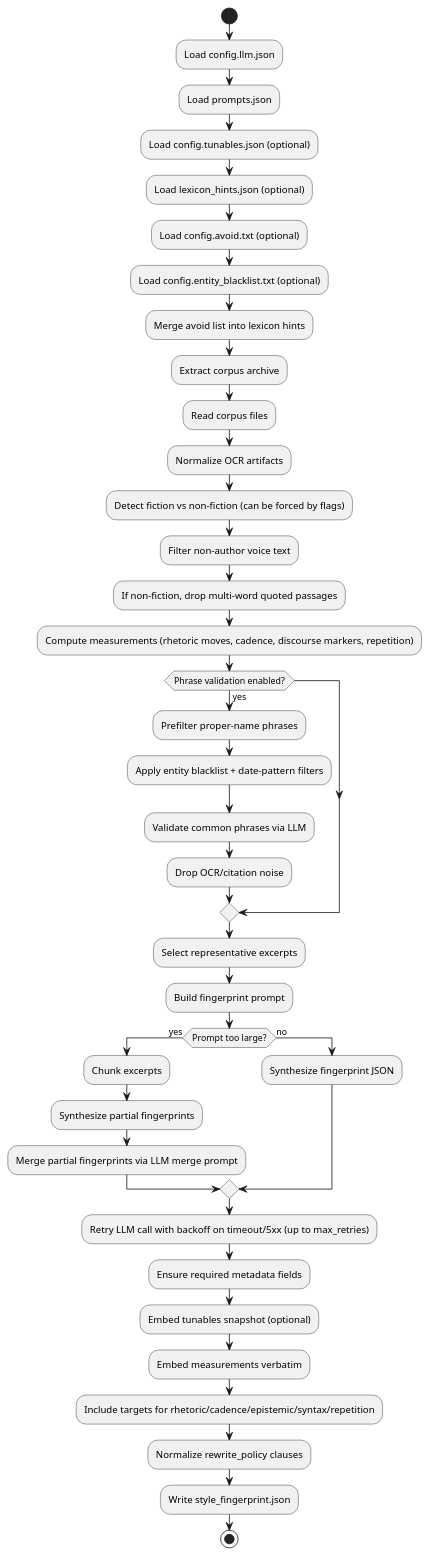
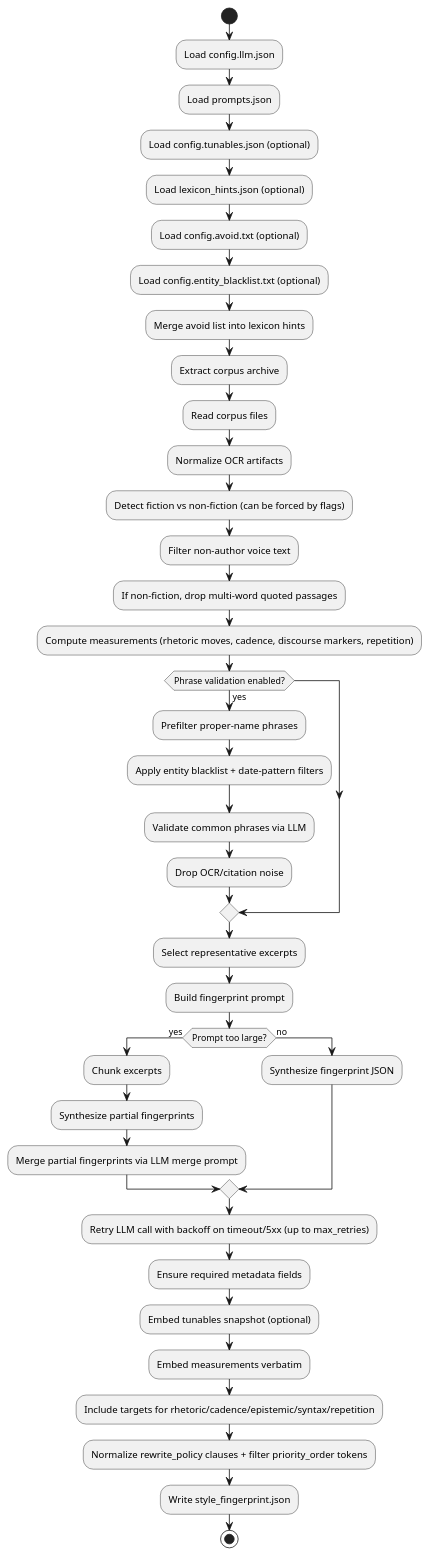
Before and after one commit to ngpepin/stylometric-transfer: the second of 3 diagrams in UML-Fingerprint.md, drawn with PlantUML. The commit also changed 9 other files, not shown here.

Commit message:
fix: enhance controls normalization by adding priority order filtering and updating rewrite policy handling

````diff
--- a/UML-Fingerprint.md
+++ b/UML-Fingerprint.md
@@ -85,48 +85,48 @@
 ```plantuml
 @startuml
 start
 :Load config.llm.json;
 :Load prompts.json;
 :Load config.tunables.json (optional);
 :Load lexicon_hints.json (optional);
 :Load config.avoid.txt (optional);
 :Load config.entity_blacklist.txt (optional);
 :Merge avoid list into lexicon hints;
 
 :Extract corpus archive;
 :Read corpus files;
 :Normalize OCR artifacts;
 :Detect fiction vs non-fiction (can be forced by flags);
 :Filter non-author voice text;
 :If non-fiction, drop multi-word quoted passages;
 :Compute measurements (rhetoric moves, cadence, discourse markers, repetition);
 
 if (Phrase validation enabled?) then (yes)
   :Prefilter proper-name phrases;
   :Apply entity blacklist + date-pattern filters;
   :Validate common phrases via LLM;
   :Drop OCR/citation noise;
 endif
 
 :Select representative excerpts;
 :Build fingerprint prompt;
 
 if (Prompt too large?) then (yes)
   :Chunk excerpts;
   :Synthesize partial fingerprints;
   :Merge partial fingerprints via LLM merge prompt;
 else (no)
   :Synthesize fingerprint JSON;
 endif
 
 :Retry LLM call with backoff on timeout/5xx (up to max_retries);
 
 :Ensure required metadata fields;
 :Embed tunables snapshot (optional);
 :Embed measurements verbatim;
 :Include targets for rhetoric/cadence/epistemic/syntax/repetition;
-:Normalize rewrite_policy clauses;
+:Normalize rewrite_policy clauses + filter priority_order tokens;
 :Write style_fingerprint.json;
 stop
 @enduml
 ```
````
